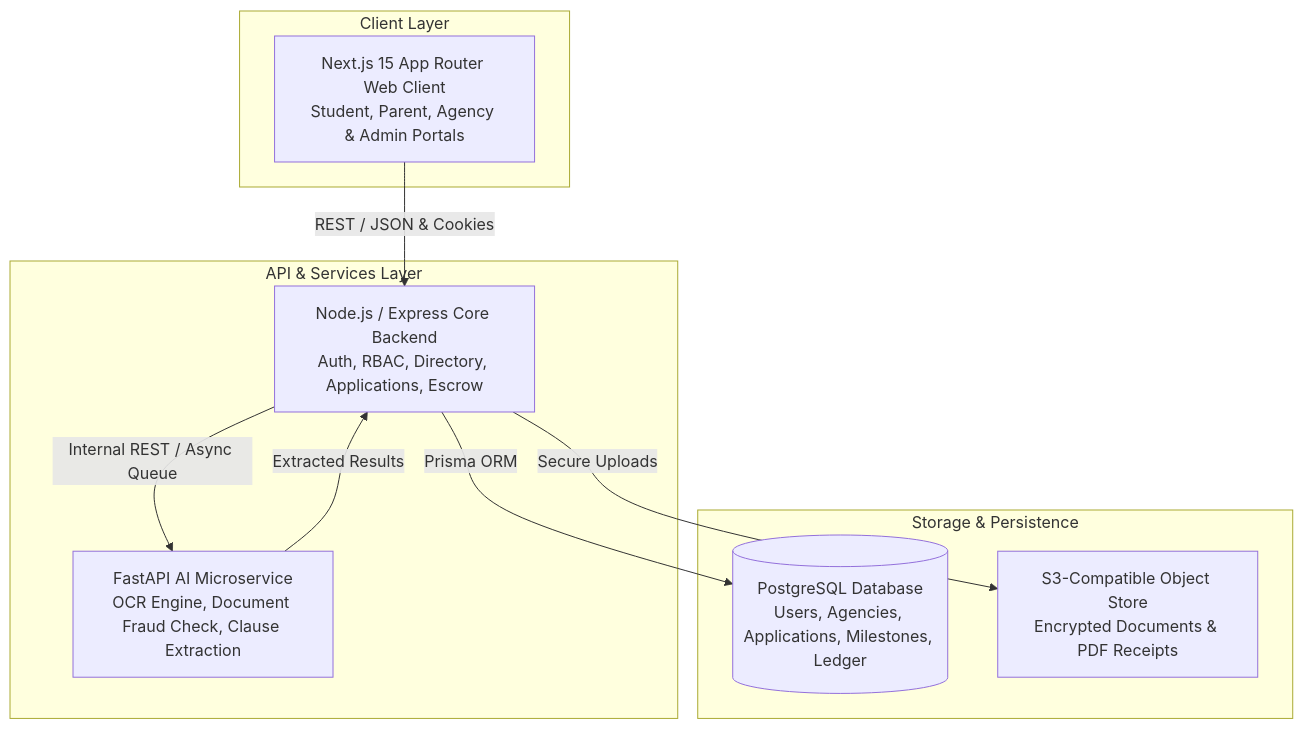
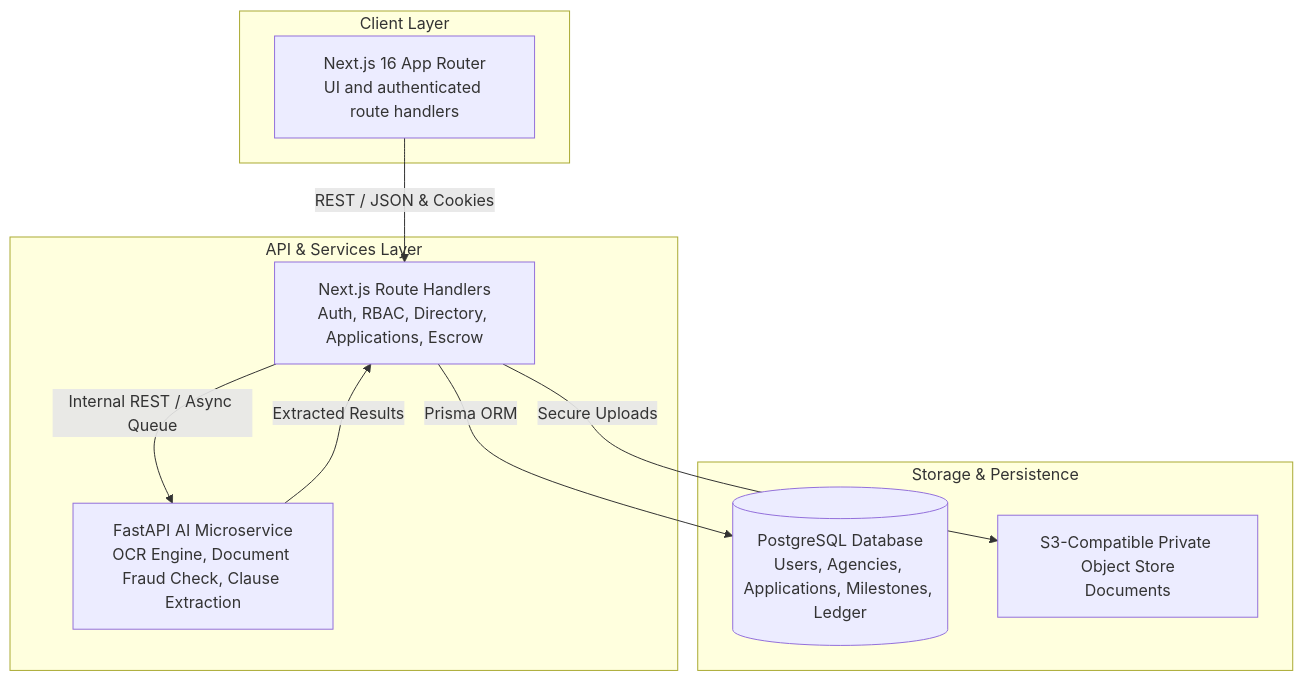
Before and after one commit to Team-Inception-1/Ethos-AI: the diagram in README.md, drawn with Mermaid. The commit also changed other lines of this file and 8 other files, not shown here.

````diff
--- a/README.md
+++ b/README.md
@@ -29,22 +28,22 @@
 ```mermaid
 graph TD
     subgraph Client Layer
-        Web[Next.js 15 App Router Web Client<br/>Student, Parent, Agency & Admin Portals]
+        Web[Next.js 16 App Router<br/>UI and authenticated route handlers]
     end
 
     subgraph API & Services Layer
-        API[Node.js / Express Core Backend<br/>Auth, RBAC, Directory, Applications, Escrow]
+        API[Next.js Route Handlers<br/>Auth, RBAC, Directory, Applications, Escrow]
         AISvc[FastAPI AI Microservice<br/>OCR Engine, Document Fraud Check, Clause Extraction]
     end
 
     subgraph Storage & Persistence
         DB[(PostgreSQL Database<br/>Users, Agencies, Applications, Milestones, Ledger)]
-        Storage[S3-Compatible Object Store<br/>Encrypted Documents & PDF Receipts]
+        Storage[S3-Compatible Private Object Store<br/>Documents]
     end
 
     Web -->|REST / JSON & Cookies| API
     API -->|Internal REST / Async Queue| AISvc
     API -->|Prisma ORM| DB
     API -->|Secure Uploads| Storage
     AISvc -->|Extracted Results| API
 ```
````
